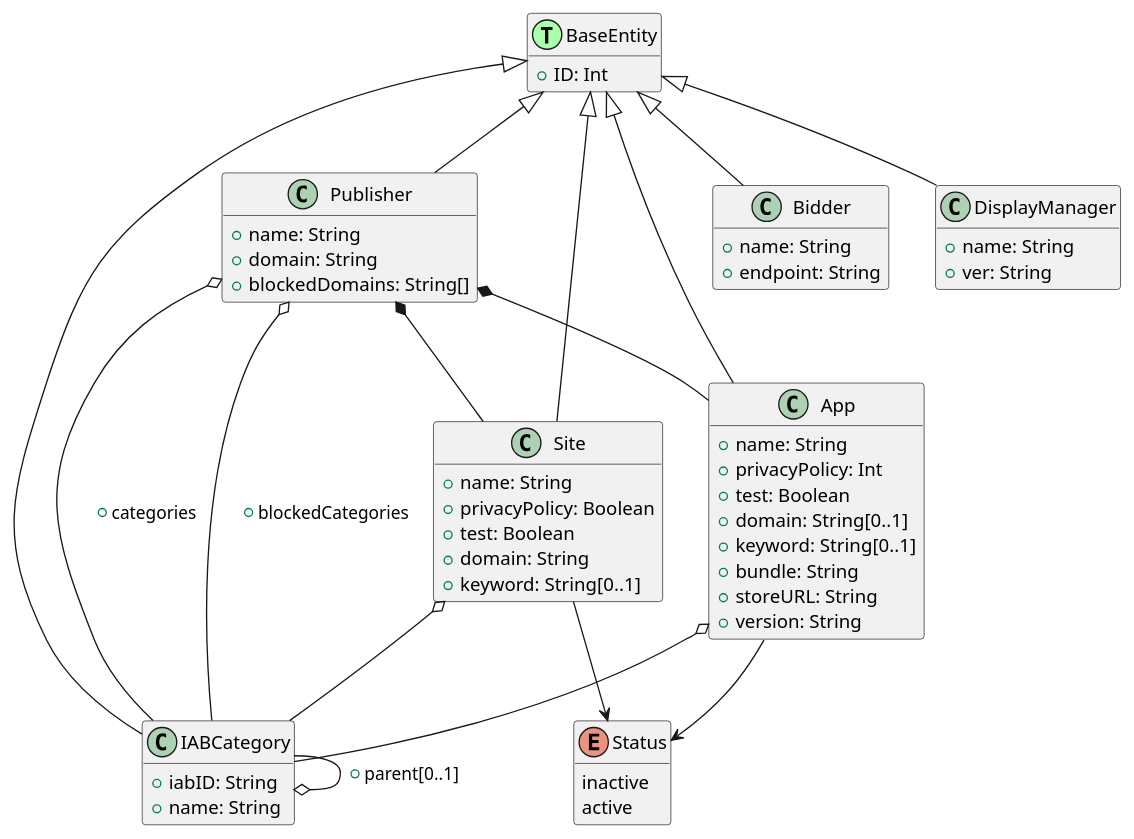
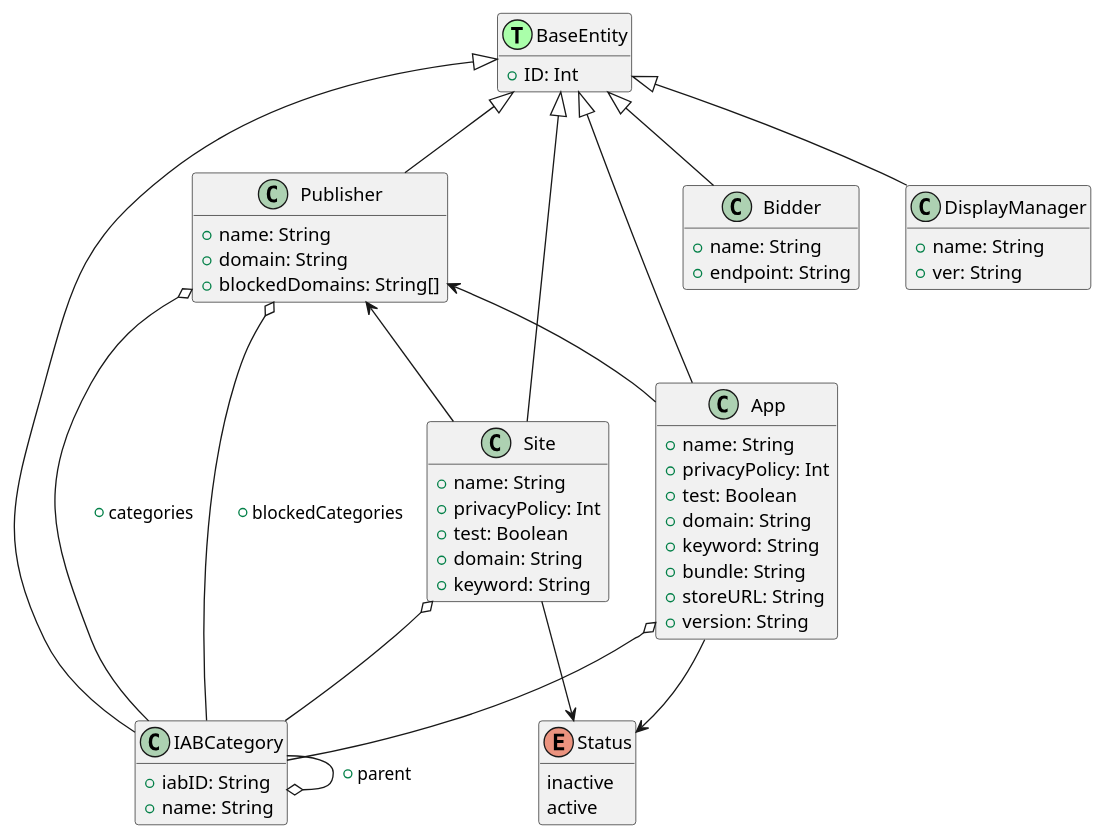
Before and after one commit to bwsw/simple-rtb-exchange: the diagram in diagrams/databaseModels.puml, drawn with PlantUML. The commit also changed 3 other files, not shown here.

```diff
--- a/diagrams/databaseModels.puml
+++ b/diagrams/databaseModels.puml
@@ -1,67 +1,67 @@
 @startuml
 
 hide methods
 
 class BaseEntity << (T,#AAFFAA)>> {
     +ID: Int
 }
 class App {
     +name: String
     +privacyPolicy: Int
     +test: Boolean
-    +domain: String[0..1]
-    +keyword: String[0..1]
+    +domain: String
+    +keyword: String
     +bundle: String
     +storeURL: String
     +version: String
 }
 class Bidder {
     +name: String
     +endpoint: String
 }
 class DisplayManager {
     +name: String
     +ver: String
 }
 class Site {
     +name: String
-    +privacyPolicy: Boolean
+    +privacyPolicy: Int
     +test: Boolean
     +domain: String
-    +keyword: String[0..1]
+    +keyword: String
 }
 class IABCategory {
     +iabID: String
     +name: String
 }
 class Publisher {
     +name: String
     +domain: String
     +blockedDomains: String[]
 }
 
 enum Status {
     inactive
     active
 }
 
 BaseEntity <|-- App
 BaseEntity <|-- Bidder
 BaseEntity <|-- DisplayManager
 BaseEntity <|-- IABCategory
 BaseEntity <|-- Publisher
 BaseEntity <|-- Site
 
-Publisher *-- Site
-Publisher *-- App
+Publisher <-- Site
+Publisher <-- App
 Publisher o-- IABCategory: +blockedCategories
 Publisher o-- IABCategory: +categories
 
 Site o-- IABCategory
 Site --> Status
 App o-- IABCategory
 App --> Status
 
-IABCategory --o IABCategory: +parent[0..1]
+IABCategory --o IABCategory: +parent
 
 @enduml
```
